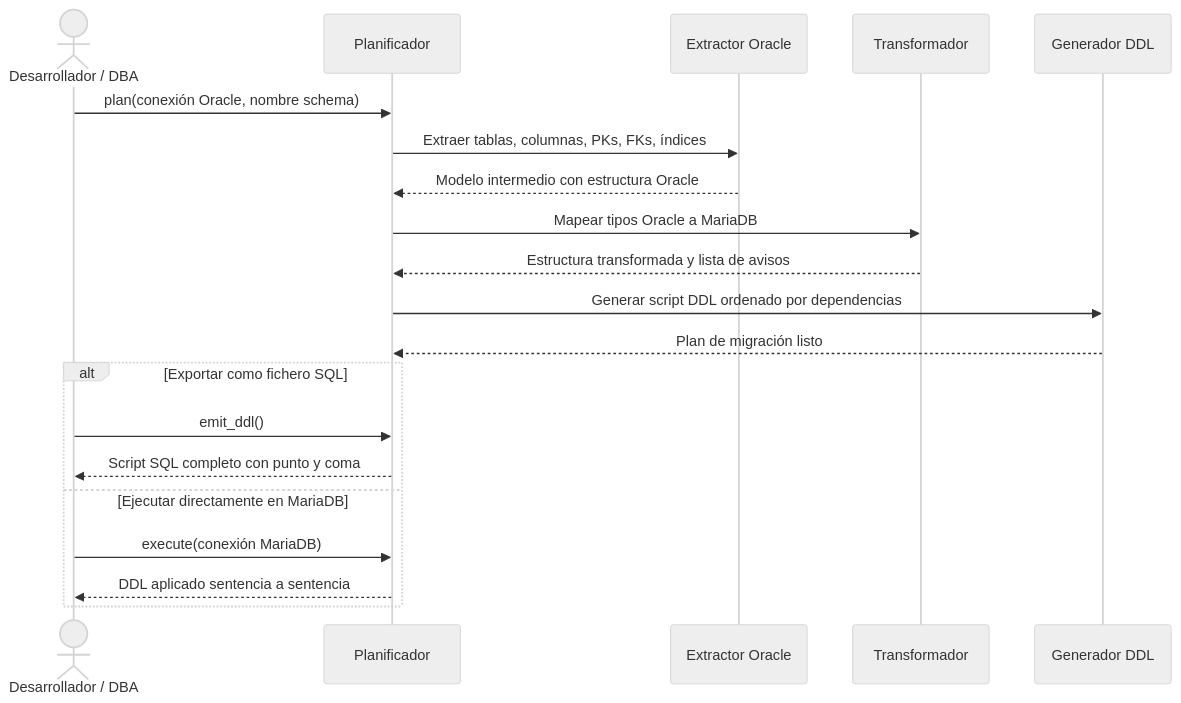
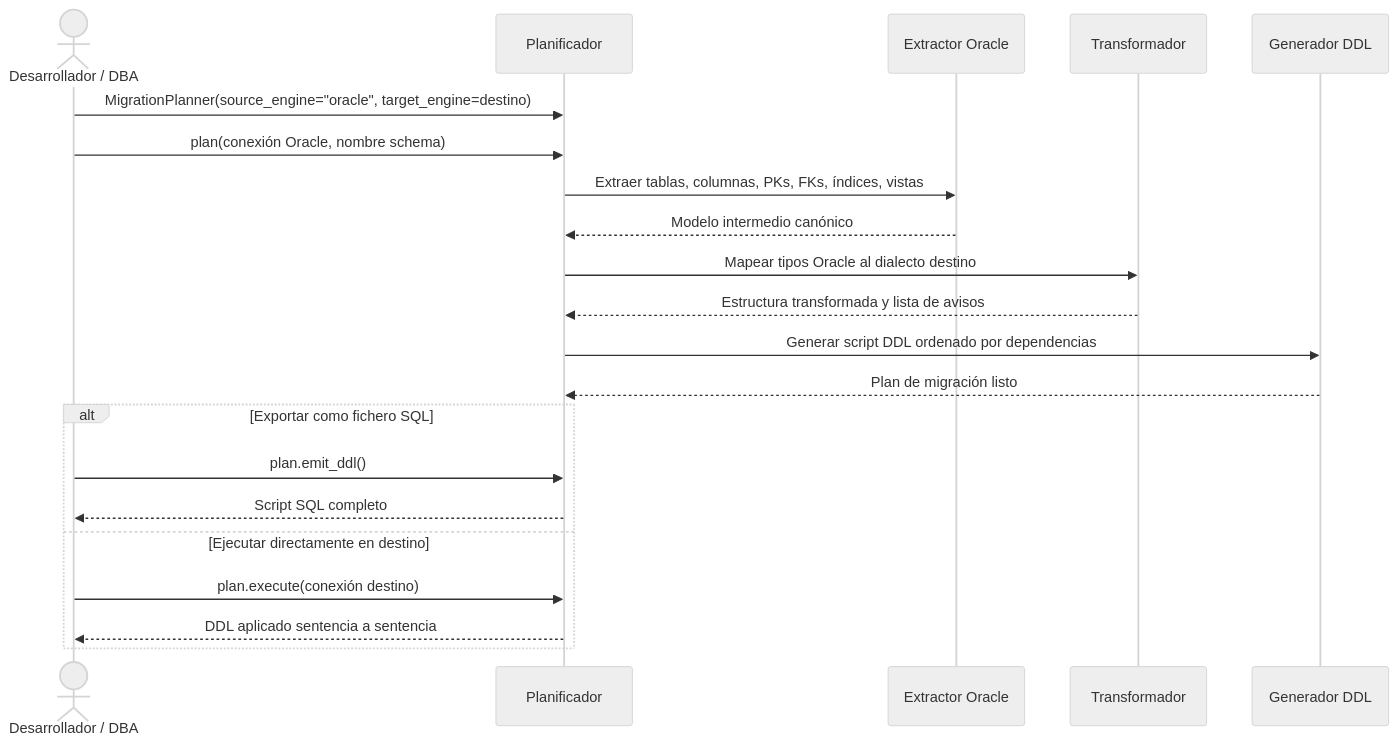
One commit to fmanza/util_bbdd changed the diagram in docs/functional/migrate-oracle-mariadb.md. Above: the diagram before and after it, drawn with Mermaid (neutral theme). The commit also changed other lines of this file and 12 other files, not shown here.

First line of the commit message:
docs: revisión completa documentación pública — migrate Oracle/MariaDB como origen

````diff
--- a/docs/functional/migrate-oracle-mariadb.md
+++ b/docs/functional/migrate-oracle-mariadb.md
@@ -16,24 +32,25 @@
 ```mermaid
 sequenceDiagram
     actor Dev as Desarrollador / DBA
     participant Plan as Planificador
     participant Ext as Extractor Oracle
     participant Tra as Transformador
     participant Emi as Generador DDL
 
+    Dev->>Plan: MigrationPlanner(source_engine="oracle", target_engine=destino)
     Dev->>Plan: plan(conexión Oracle, nombre schema)
-    Plan->>Ext: Extraer tablas, columnas, PKs, FKs, índices
-    Ext-->>Plan: Modelo intermedio con estructura Oracle
-    Plan->>Tra: Mapear tipos Oracle a MariaDB
+    Plan->>Ext: Extraer tablas, columnas, PKs, FKs, índices, vistas
+    Ext-->>Plan: Modelo intermedio canónico
+    Plan->>Tra: Mapear tipos Oracle al dialecto destino
     Tra-->>Plan: Estructura transformada y lista de avisos
     Plan->>Emi: Generar script DDL ordenado por dependencias
     Emi-->>Plan: Plan de migración listo
 
     alt Exportar como fichero SQL
-        Dev->>Plan: emit_ddl()
-        Plan-->>Dev: Script SQL completo con punto y coma
-    else Ejecutar directamente en MariaDB
-        Dev->>Plan: execute(conexión MariaDB)
+        Dev->>Plan: plan.emit_ddl()
+        Plan-->>Dev: Script SQL completo
+    else Ejecutar directamente en destino
+        Dev->>Plan: plan.execute(conexión destino)
         Plan-->>Dev: DDL aplicado sentencia a sentencia
     end
 ```
````
